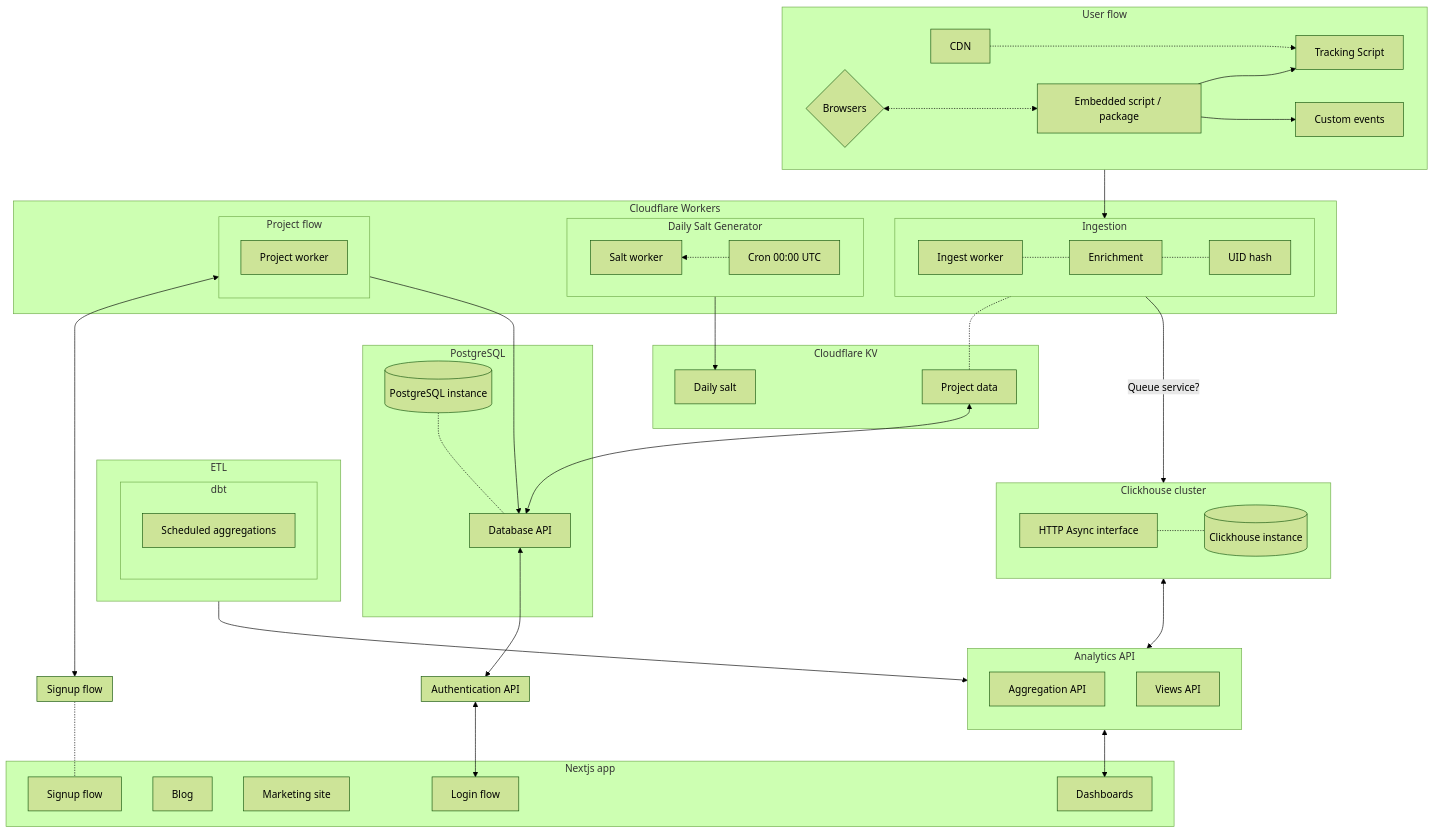
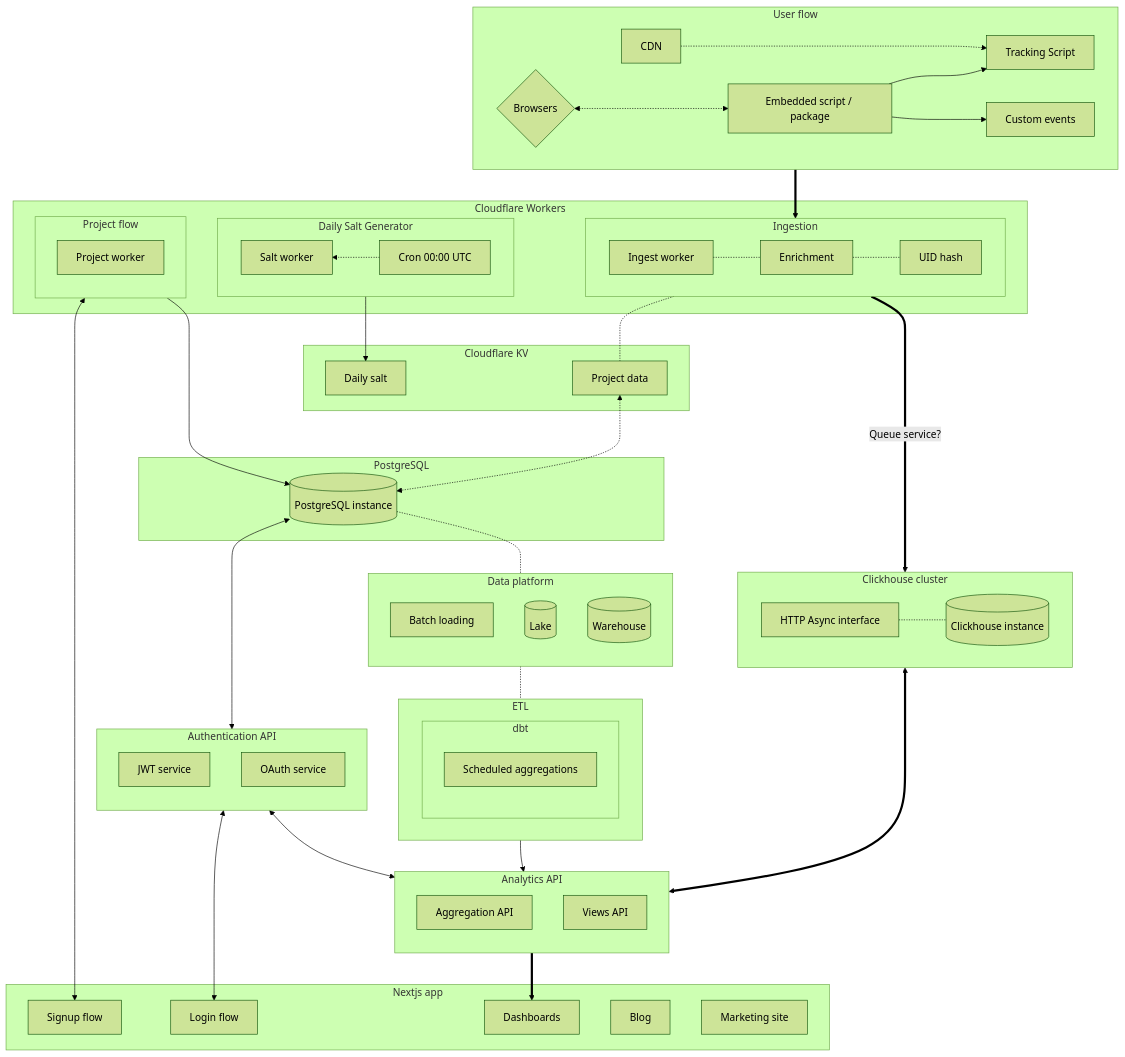
One commit to JGynther/analytics changed the first of 3 diagrams in docs/architecture.md. Above: the diagram before and after it, drawn with Mermaid (forest theme).

Commit message:
feat: update main architecture diagram

````diff
--- a/docs/architecture.md
+++ b/docs/architecture.md
@@ -30,15 +30,7 @@
         Browser{Browsers} <-..-> package[Embedded script / package]
         ---> script[Tracking Script] & events[Custom events]
     end
-
-    subgraph kv[Cloudflare KV]
-        salt[Daily salt]
-        project[Project data]
-    end
-
-    subgraph clickhouse[Clickhouse cluster]
-        async[HTTP Async interface] -.- db[(Clickhouse instance)]
-    end
+    user ==> ingestion
 
     subgraph workers[Cloudflare Workers]
         subgraph ingestion[Ingestion]
@@ -46,34 +38,69 @@
             enrich[Enrichment] -.-
             uid[UID hash]
         end
-        ingestion -.- project
 
         subgraph saltgen[Daily Salt Generator]
             direction RL
             cron[Cron 00:00 UTC] .-> saltworker[Salt worker]
         end
-        saltgen --> salt
 
         subgraph projectflow[Project flow]
             direction TB
             projectworker[Project worker]
         end
     end
+    ingestion -.- project
+    ingestion ==> |Queue service?| clickhouse
+    saltgen --> salt
+    projectflow <--> signup
+    projectflow --> dbapi
 
-    user --> ingestion
-    ingestion --> |Queue service?| clickhouse
+    subgraph clickhouse[Clickhouse cluster]
+        async[HTTP Async interface] -.- db[(Clickhouse instance)]
+    end
+    clickhouse <===> api
+
+    subgraph kv[Cloudflare KV]
+        salt[Daily salt]
+        project[Project data]
+    end
+    project <-.-> dbapi
+
+    subgraph postgresql[PostgreSQL]
+        dbapi[(PostgreSQL instance)] 
+    end
+    dbapi <--> auth
+    dbapi -.- data
 
     subgraph etl[ETL]
         subgraph dbt
             aggregation[Scheduled aggregations]
         end
     end
+    etl --> api
+
+    subgraph data[Data platform]
+        direction TB
+        batch[Batch loading]
+        lake[(Lake)]
+        warehouse[(Warehouse)]
+    end 
+    data -.- etl
 
     subgraph api[Analytics API]
         direction TB
         aggr[Aggregation API]
         views[Views API]
     end
+    api ==> dashboard
+
+    subgraph auth[Authentication API]
+        direction TB
+        jwt[JWT service]
+        oauth[OAuth service]
+    end
+    auth <--> login
+    auth <--> api
 
     subgraph next[Nextjs app]
         dashboard[Dashboards]
@@ -82,27 +109,4 @@
         login[Login flow]
         signup[Signup flow]
     end
-
-    etl --> api
-    clickhouse <--> api
-    api <--> dashboard
-
-    subgraph signupflow[Signup flow]
-    end
-
-    subgraph postgresql[PostgreSQL]
-        database[(PostgreSQL instance)] -.-
-        dbapi[Database API]
-    end
-
-    projectflow <--> signupflow
-    projectflow --> dbapi
-    project <--> dbapi
-    signupflow -.- signup
-
-    subgraph auth[Authentication API]
-    end
-
-    dbapi <--> auth
-    auth <--> login
 ```
````
